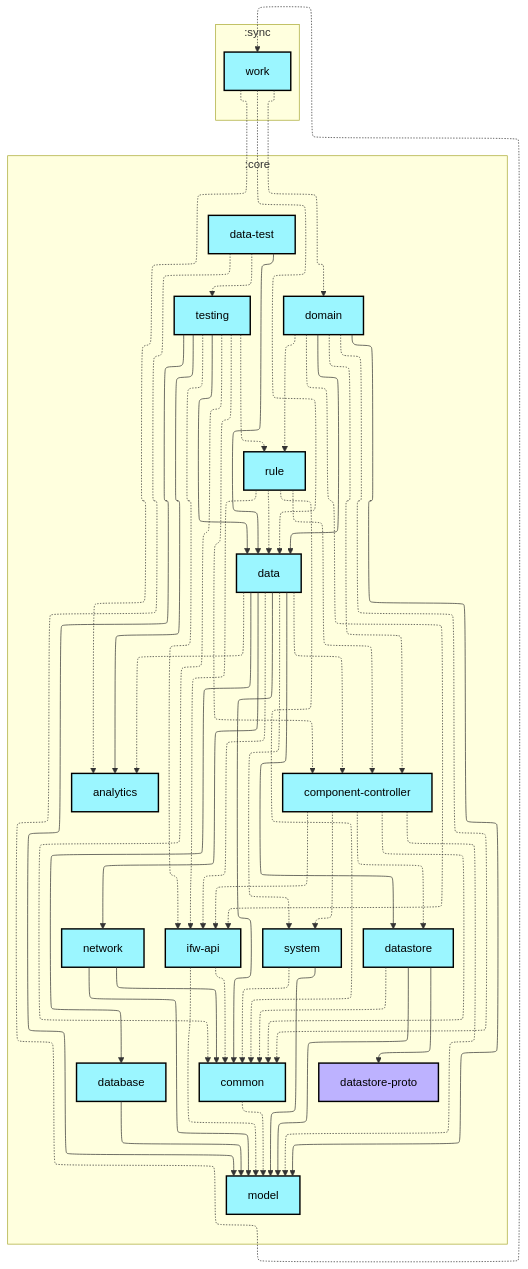
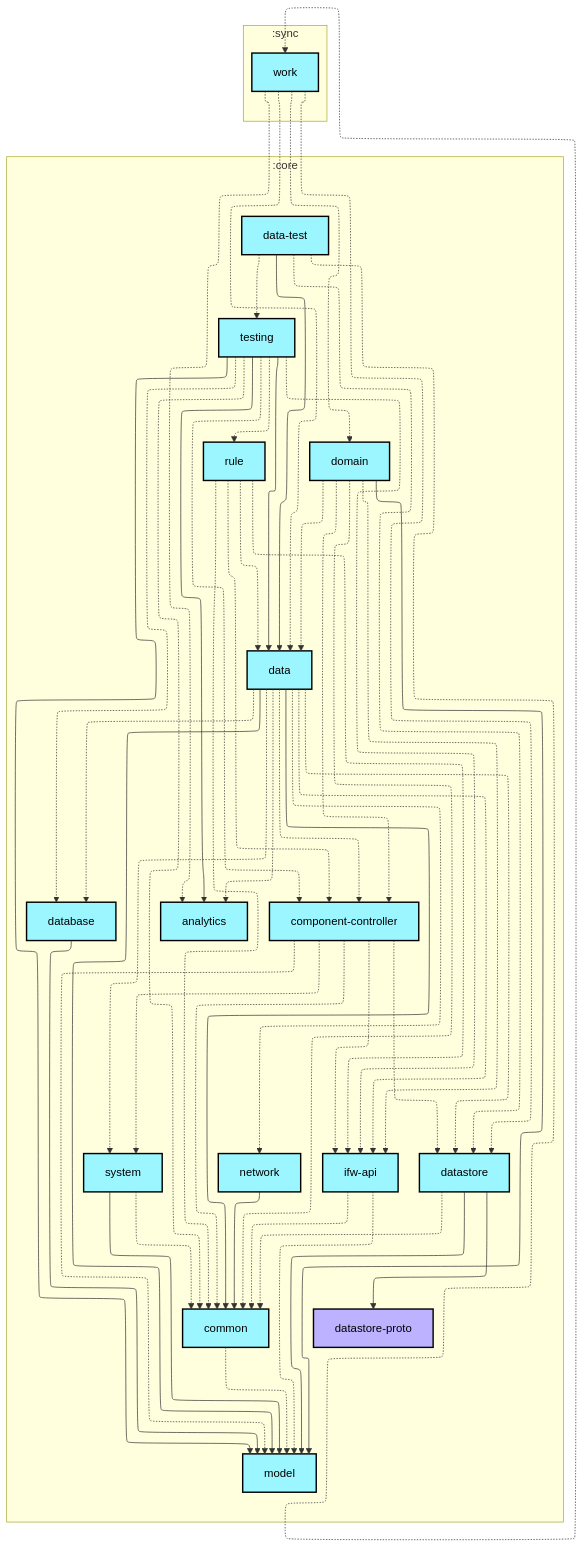
Before and after one commit to lihenggui/blocker: the first of 2 diagrams in core/data-test/README.md, drawn with Mermaid. The commit also changed 29 other files, not shown here.

First line of the commit message:
Update module dependency graphs after boundary cleanup

```diff
--- a/core/data-test/README.md
+++ b/core/data-test/README.md
@@ -43,12 +43,14 @@
   :core:data -.-> :core:analytics
   :core:data --> :core:common
   :core:data -.-> :core:component-controller
-  :core:data --> :core:database
-  :core:data --> :core:datastore
+  :core:data -.-> :core:database
+  :core:data -.-> :core:datastore
   :core:data -.-> :core:ifw-api
-  :core:data --> :core:network
+  :core:data --> :core:model
+  :core:data -.-> :core:network
   :core:data -.-> :core:system
   :core:data-test --> :core:data
+  :core:data-test -.-> :core:datastore
   :core:data-test -.-> :core:testing
   :core:data-test -.-> :sync:work
   :core:database --> :core:model
@@ -57,14 +59,12 @@
   :core:datastore --> :core:model
   :core:domain -.-> :core:common
   :core:domain -.-> :core:component-controller
-  :core:domain --> :core:data
+  :core:domain -.-> :core:data
   :core:domain -.-> :core:ifw-api
   :core:domain --> :core:model
-  :core:domain -.-> :core:rule
   :core:ifw-api -.-> :core:common
   :core:ifw-api -.-> :core:model
   :core:network --> :core:common
-  :core:network --> :core:model
   :core:rule -.-> :core:common
   :core:rule -.-> :core:component-controller
   :core:rule -.-> :core:data
@@ -75,11 +75,13 @@
   :core:testing -.-> :core:common
   :core:testing -.-> :core:component-controller
   :core:testing --> :core:data
+  :core:testing -.-> :core:database
   :core:testing -.-> :core:ifw-api
   :core:testing --> :core:model
   :core:testing -.-> :core:rule
   :sync:work -.-> :core:analytics
   :sync:work -.-> :core:data
+  :sync:work -.-> :core:datastore
   :sync:work -.-> :core:domain
 
 classDef android-application fill:#CAFFBF,stroke:#000,stroke-width:2px,color:#000;
```
